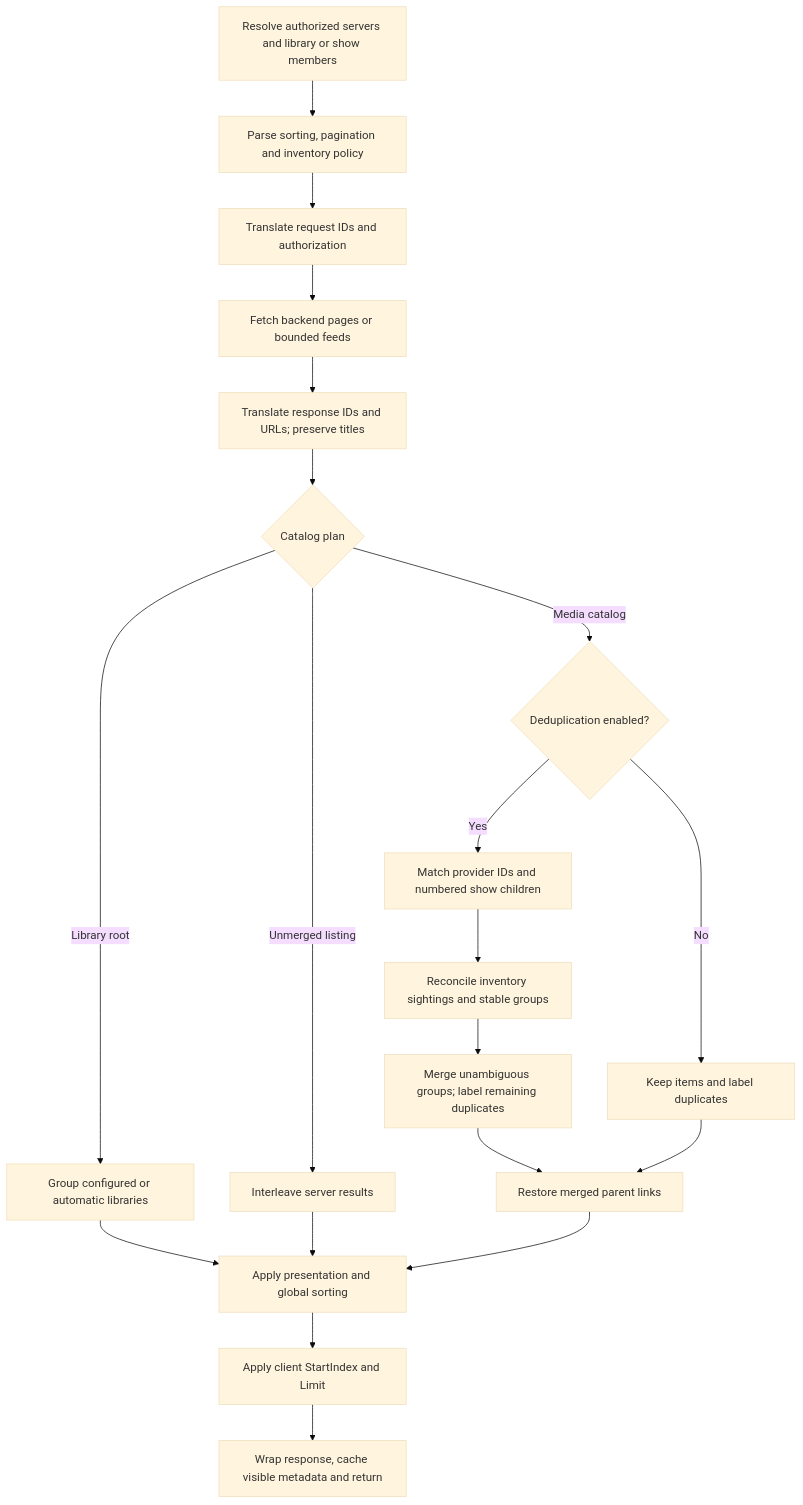
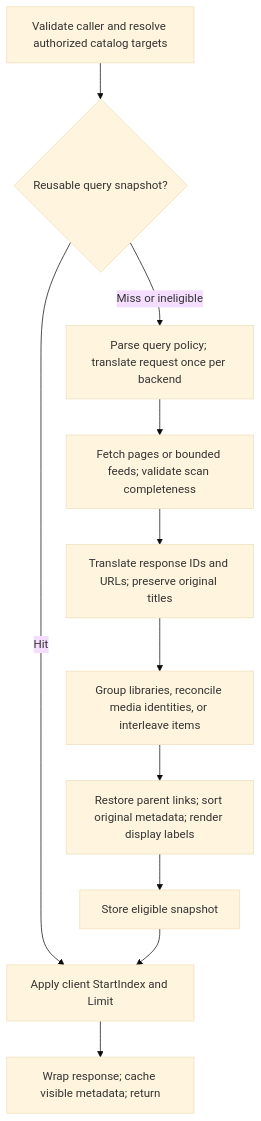
One commit to LLukas22/Jellyswarrm changed the diagram in crates/jellyswarrm-proxy/src/handlers/federated/README.md. Above: the diagram before and after it, drawn with Mermaid (base theme). The commit also changed other lines of this file and 25 other files, not shown here.

````diff
--- a/crates/jellyswarrm-proxy/src/handlers/federated/README.md
+++ b/crates/jellyswarrm-proxy/src/handlers/federated/README.md
@@ -3,23 +3,14 @@
 ```mermaid
 flowchart TD
-    A[Resolve authorized servers and library or show members]
-    A --> B[Parse sorting, pagination and inventory policy]
-    B --> C[Translate request IDs and authorization]
-    C --> D[Fetch backend pages or bounded feeds]
-    D --> E[Translate response IDs and URLs; preserve titles]
-    E --> F{Catalog plan}
-    F -->|Library root| G[Group configured or automatic libraries]
-    F -->|Unmerged listing| H[Interleave server results]
-    F -->|Media catalog| I{Deduplication enabled?}
-    I -->|Yes| J[Match provider IDs and numbered show children]
-    J --> K[Reconcile inventory sightings and stable groups]
-    K --> L[Merge unambiguous groups; label remaining duplicates]
-    I -->|No| M[Keep items and label duplicates]
-    L --> N[Restore merged parent links]
-    M --> N
-    G --> O[Apply presentation and global sorting]
-    H --> O
-    N --> O
-    O --> P[Apply client StartIndex and Limit]
-    P --> Q[Wrap response, cache visible metadata and return]
+    A[Validate caller and resolve authorized catalog targets]
+    A --> B{Reusable query snapshot?}
+    B -->|Hit| H[Apply client StartIndex and Limit]
+    B -->|Miss or ineligible| C[Parse query policy; translate request once per backend]
+    C --> D[Fetch pages or bounded feeds; validate scan completeness]
+    D --> E[Translate response IDs and URLs; preserve original titles]
+    E --> F[Group libraries, reconcile media identities, or interleave items]
+    F --> G[Restore parent links; sort original metadata; render display labels]
+    G --> S[Store eligible snapshot]
+    S --> H
+    H --> I[Wrap response; cache visible metadata; return]
 ```
````
